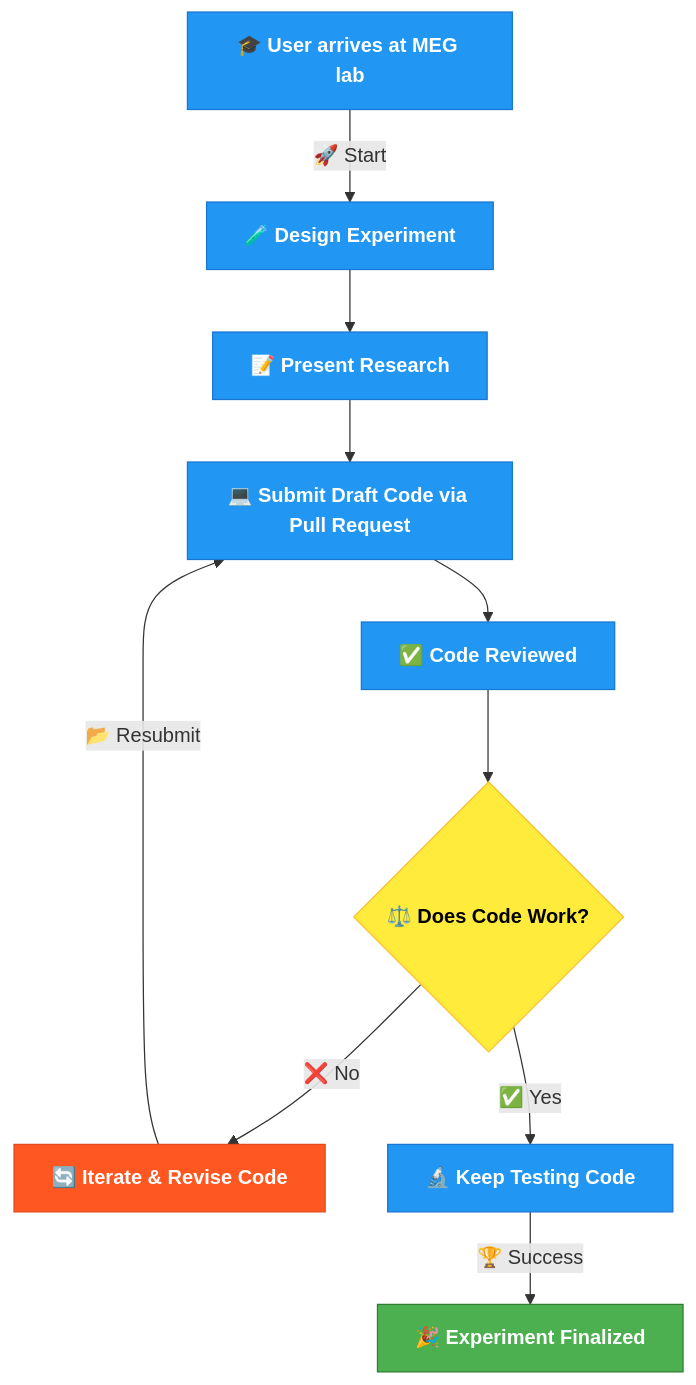
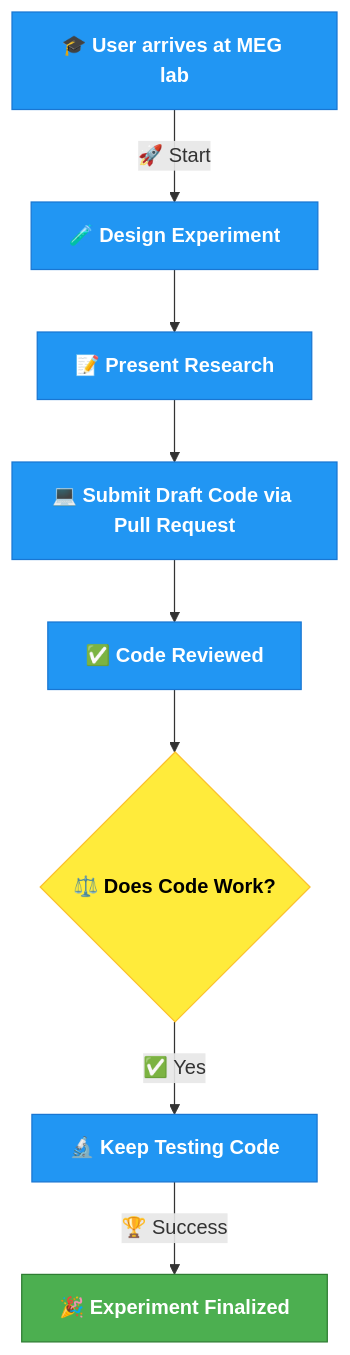
One commit to BioMedicalImaging-Core-NYUAD/brainimaging-lab-documentation changed the diagram in docs/source/1-lab_overview/3-process_diagram.rst. Above: the diagram before and after it, drawn with Mermaid.

Commit message:
added link

```diff
--- a/docs/source/1-lab_overview/3-process_diagram.rst
+++ b/docs/source/1-lab_overview/3-process_diagram.rst
@@ -9,28 +9,24 @@
 .. mermaid::
 
     graph TD;
         A[🎓 <b>User arrives at MEG lab</b>] -->|🚀 Start| B[🧪 <b>Design Experiment</b>];
         B --> C[📝 <b>Present Research</b>];
         C --> D[💻 <b>Submit Draft Code via Pull Request</b>];
         D --> E[✅ <b>Code Reviewed</b>];
         E --> F{⚖️ <b>Does Code Work?</b>};
-
-        F --❌ No --> G[🔄 <b>Iterate & Revise Code</b>];
-        G -->|📂 Resubmit| D;
-
         F --✅ Yes --> H[🔬 <b>Keep Testing Code</b>];
         H -->|🏆 Success| I[🎉 <b>Experiment Finalized</b>];
 
         %% Clickable Node for GitHub PR
         click D "https://github.com/Hzaatiti/meg-pipeline/pulls" "Visit GitHub Repository"
 
         %% Style Definitions
         classDef success fill:#4CAF50,stroke:#2E7D32,color:#fff;
         classDef decision fill:#FFEB3B,stroke:#FBC02D,color:#000;
         classDef process fill:#2196F3,stroke:#1976D2,color:#fff;
         classDef warning fill:#FF5722,stroke:#E64A19,color:#fff;
 
         class A,B,C,D,E,H process;
         class F decision;
         class G warning;
         class I success;
```
